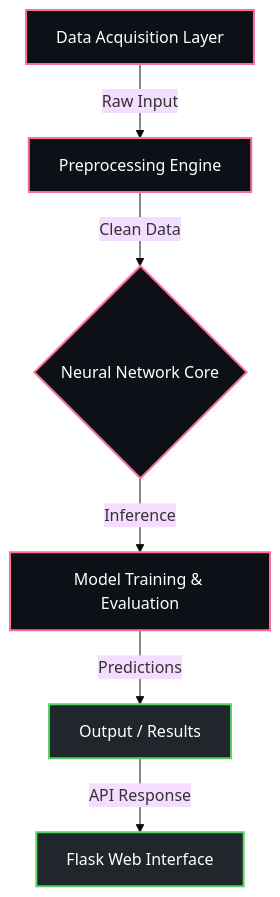
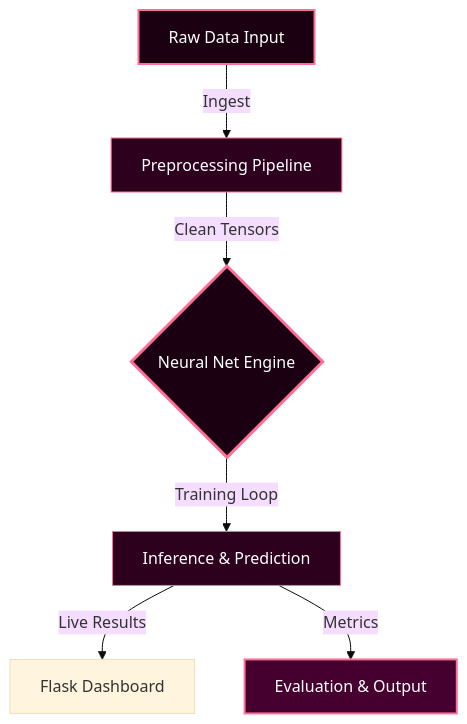
Before and after one commit to Nytrynox/AI-Image-Recognition-System: the diagram in README.md, drawn with Mermaid (base theme). The commit also changed other lines of this file, not shown here.

````diff
--- a/README.md
+++ b/README.md
@@ -29,15 +34,14 @@
 ```mermaid
 graph TD;
-    A["Data Acquisition Layer"] -->|Raw Input| B["Preprocessing Engine"];
-    B -->|Clean Data| D{"Neural Network Core"};
-    D -->|Inference| E["Model Training & Evaluation"];
-    E -->|Predictions| F["Output / Results"];
-    F -->|API Response| G["Flask Web Interface"];
+    A["Raw Data Input"] -->|"Ingest"| B["Preprocessing Pipeline"];
+    B -->|"Clean Tensors"| D{"Neural Net Engine"};
+    D -->|"Training Loop"| E["Inference & Prediction"];
+    E -->|"Live Results"| W["Flask Dashboard"];
+    E -->|"Metrics"| F["Evaluation & Output"];
 
-    classDef ml fill:#0d1117,stroke:#ff6e96,stroke-width:2px,color:#fff;
-    classDef cv fill:#161b22,stroke:#79c0ff,stroke-width:2px,color:#fff;
-    classDef web fill:#21262d,stroke:#56d364,stroke-width:2px,color:#fff;
-    class A,B ml;
-    class D,E ml;
-    class F,G web;
+    style A fill:#1a0011,stroke:#ff6e96,stroke-width:2px,color:#fff
+    style B fill:#2d001e,stroke:#ff6e96,stroke-width:1px,color:#fff
+    style D fill:#1a0011,stroke:#ff6e96,stroke-width:3px,color:#fff
+    style E fill:#2d001e,stroke:#ff6e96,stroke-width:1px,color:#fff
+    style F fill:#45002f,stroke:#ff6e96,stroke-width:2px,color:#fff
 ```
````
